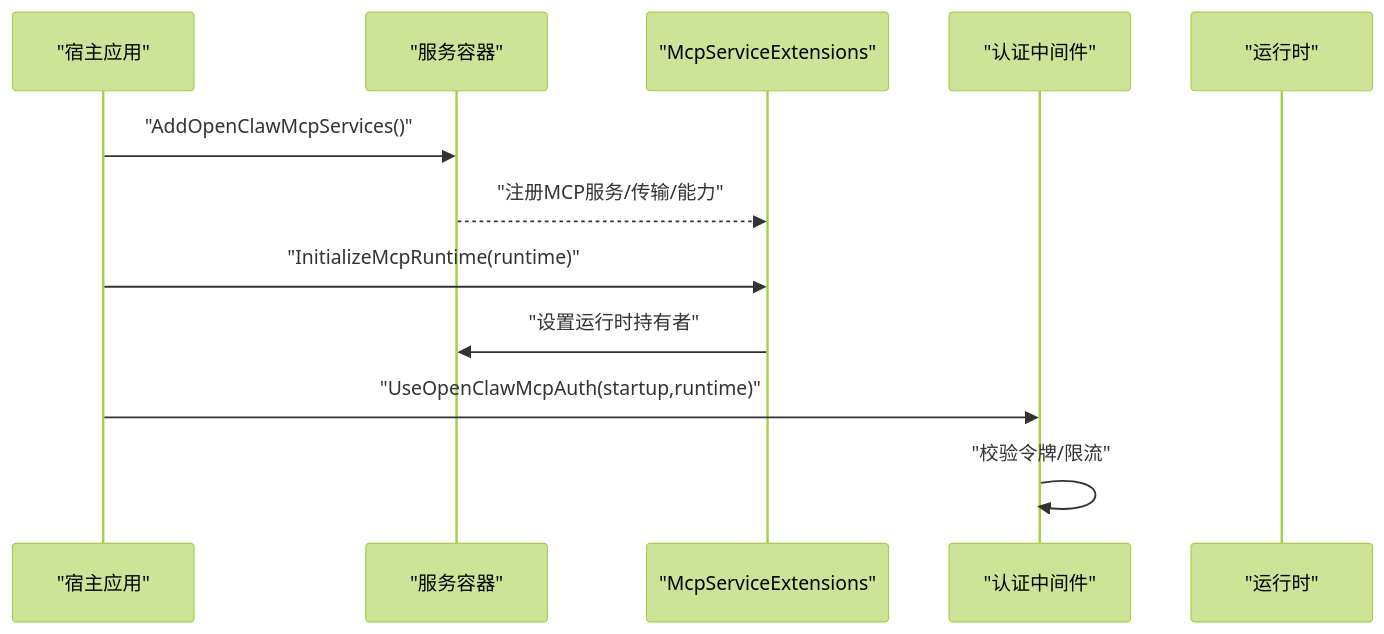
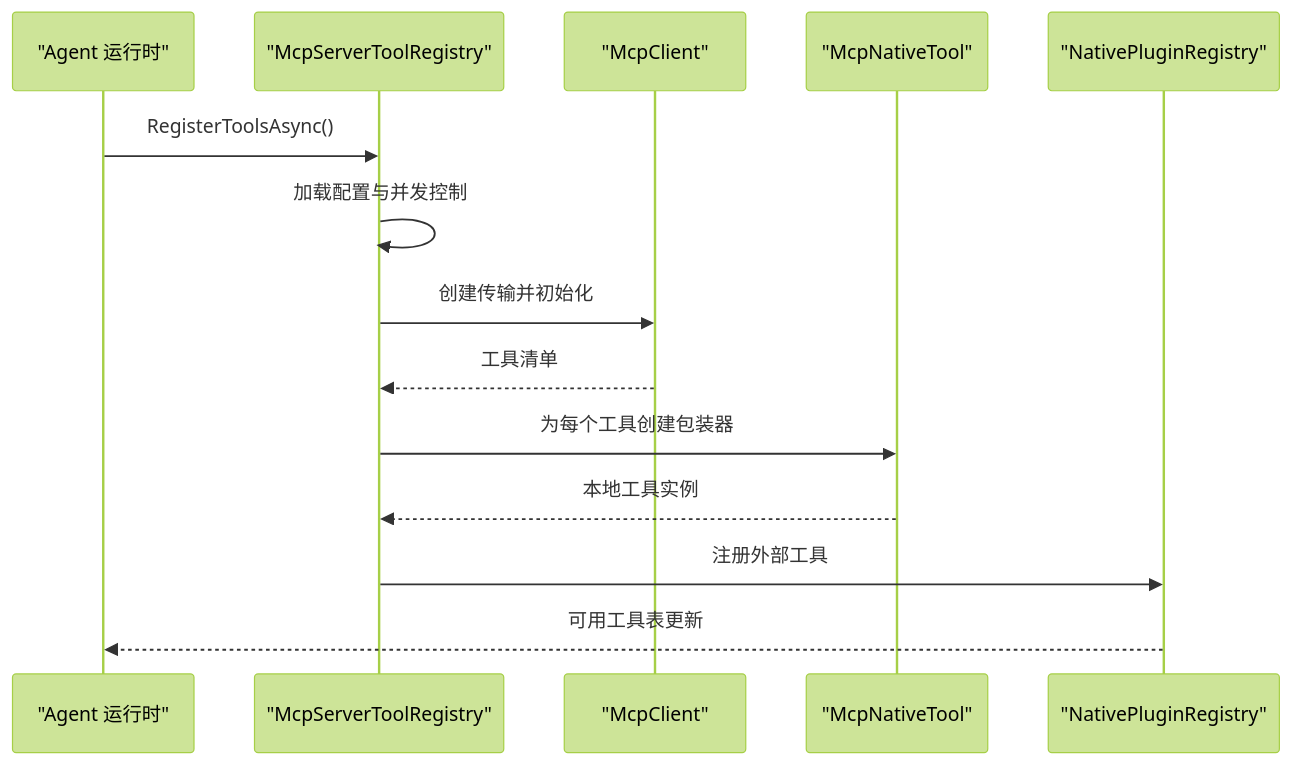
One commit to wayyet/kingcrab changed the eighth of 11 diagrams in .qoder/repowiki/zh/content/API 参考/MCP 协议.md. Above: the diagram before and after it, drawn with Mermaid (forest theme). The commit also changed other lines of this file and 173 other files, not shown here.

````diff
--- a/.qoder/repowiki/zh/content/API 参考/MCP 协议.md
+++ b/.qoder/repowiki/zh/content/API 参考/MCP 协议.md
@@ -211,14 +290,16 @@
 ```mermaid
 sequenceDiagram
-participant Host as "宿主应用"
-participant DI as "服务容器"
-participant Ext as "McpServiceExtensions"
-participant MW as "认证中间件"
-participant RT as "运行时"
-Host->>DI : "AddOpenClawMcpServices()"
-DI-->>Ext : "注册MCP服务/传输/能力"
-Host->>Ext : "InitializeMcpRuntime(runtime)"
-Ext->>DI : "设置运行时持有者"
-Host->>MW : "UseOpenClawMcpAuth(startup,runtime)"
-MW->>MW : "校验令牌/限流"
+participant Agent as "Agent 运行时"
+participant Registry as "McpServerToolRegistry"
+participant Client as "McpClient"
+participant Native as "McpNativeTool"
+participant NativeReg as "NativePluginRegistry"
+Agent->>Registry : RegisterToolsAsync()
+Registry->>Registry : 加载配置与并发控制
+Registry->>Client : 创建传输并初始化
+Client-->>Registry : 工具清单
+Registry->>Native : 为每个工具创建包装器
+Native-->>Registry : 本地工具实例
+Registry->>NativeReg : 注册外部工具
+NativeReg-->>Agent : 可用工具表更新
 ```
````
